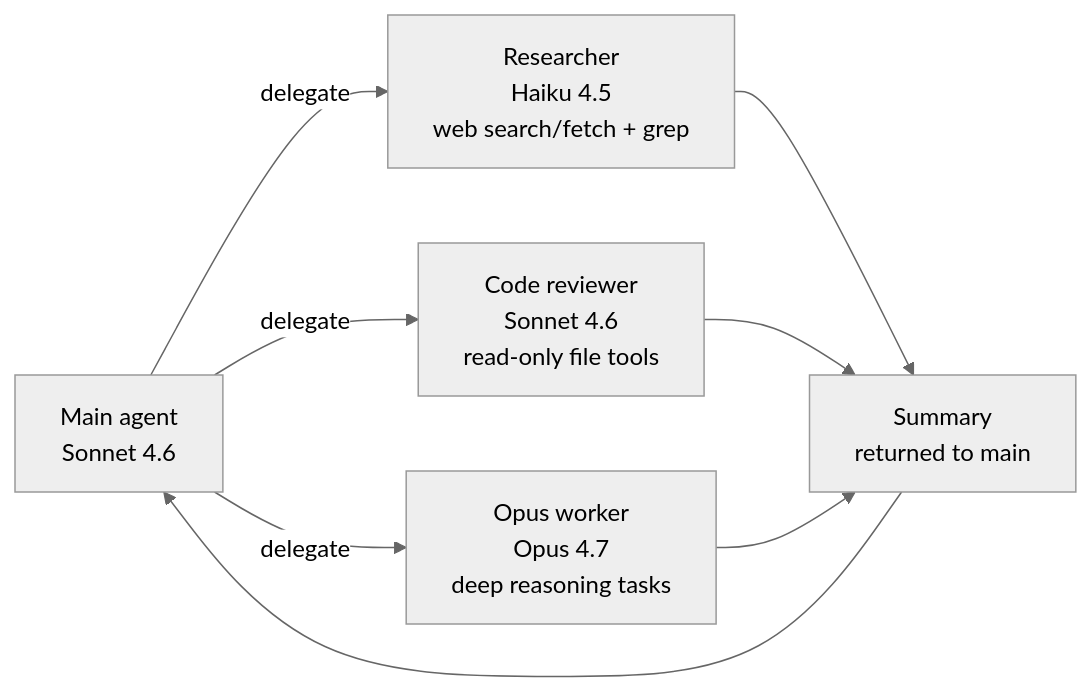
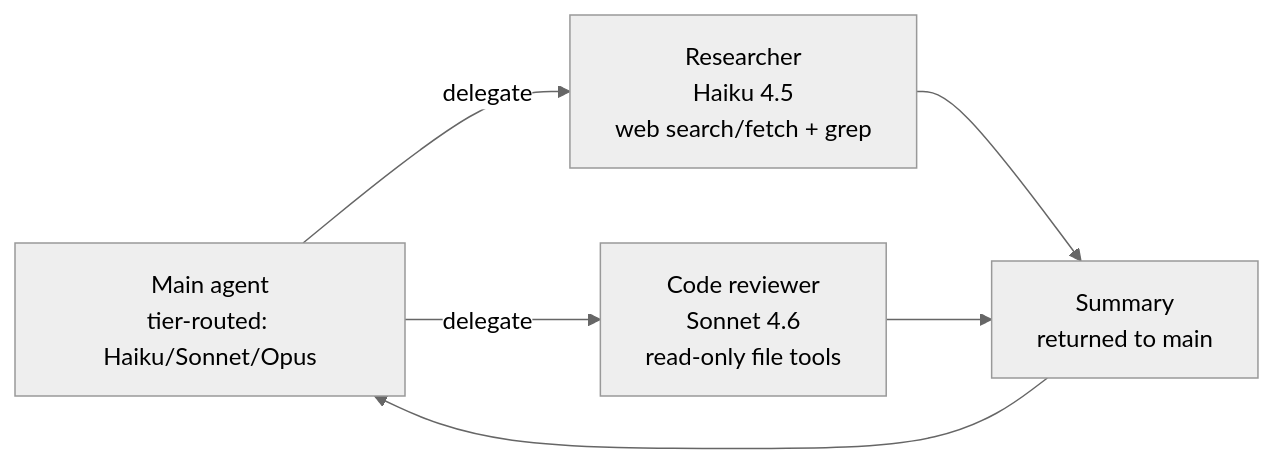
One commit to abdihashii/anthropic-agent-sdk-practice changed the fifth of 6 diagrams in spec.md. Above: the diagram before and after it, drawn with Mermaid (neutral theme). The commit also changed other lines of this file, not shown here.

Commit message:
docs(8): drop opus-worker from spec — model-swap routing made it redundant
When step 8's classifier returns tier=opus, the whole main query() runs
on Opus 4.7 directly. A separate Opus subagent would be a parallel
mechanism doing the same thing. Updates the Subagents mermaid diagram
and the build-order entry to reflect what actually shipped in PR #11.

````diff
--- a/spec.md
+++ b/spec.md
@@ -143,16 +143,13 @@
 ```mermaid
 flowchart LR
-    Main[Main agent<br/>Sonnet 4.6]
+    Main[Main agent<br/>tier-routed: Haiku/Sonnet/Opus]
     Researcher[Researcher<br/>Haiku 4.5<br/>web search/fetch + grep]
     Reviewer[Code reviewer<br/>Sonnet 4.6<br/>read-only file tools]
-    Opus[Opus worker<br/>Opus 4.7<br/>deep reasoning tasks]
     Result[Summary<br/>returned to main]
 
     Main -->|delegate| Researcher
     Main -->|delegate| Reviewer
-    Main -->|delegate| Opus
     Researcher --> Result
     Reviewer --> Result
-    Opus --> Result
     Result --> Main
 ```
````
